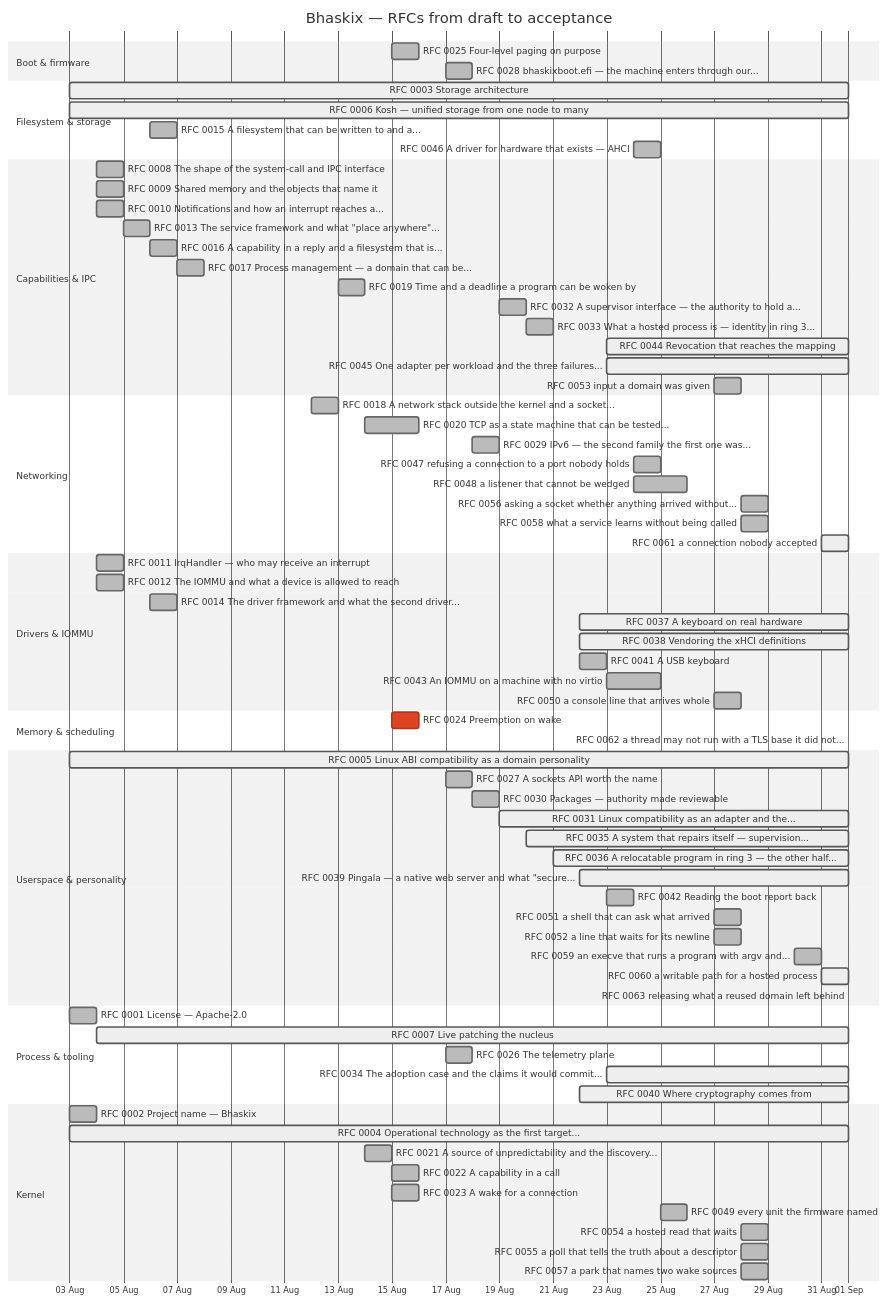
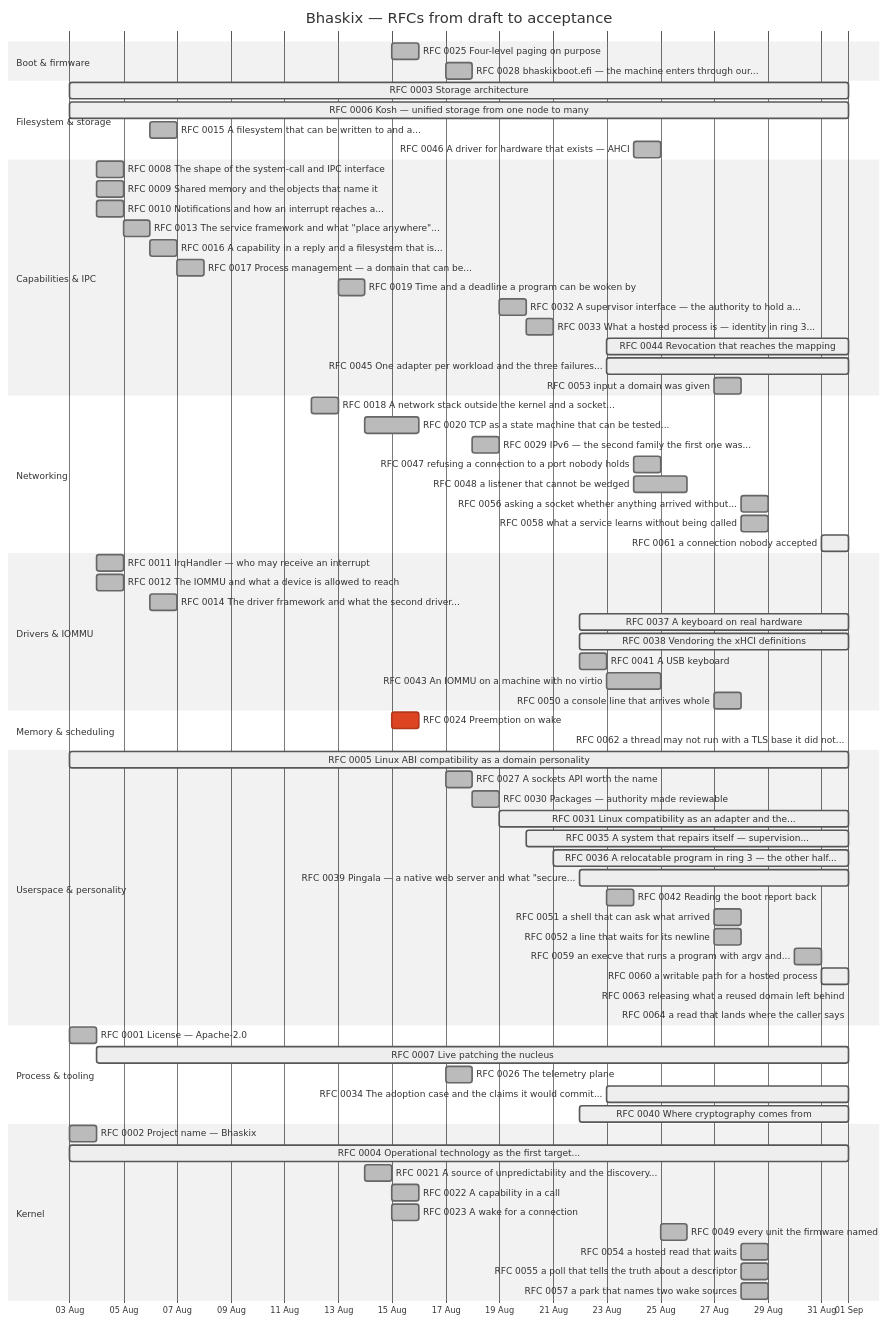
Before and after one commit to bhaskix/bhaskix: the diagram in docs/progress.md, drawn with Mermaid (neutral theme). The commit also changed other lines of this file and 6 other files, not shown here.

````diff
--- a/docs/progress.md
+++ b/docs/progress.md
@@ -24,79 +24,80 @@
 ```mermaid
 gantt
     title Bhaskix — RFCs from draft to acceptance
     dateFormat YYYY-MM-DD
     axisFormat %d %b
     todayMarker off
     section Boot & firmware
     RFC 0025 Four-level paging on purpose :done, r0025, 2026-08-15, 2026-08-16
     RFC 0028 bhaskixboot.efi — the machine enters through our... :done, r0028, 2026-08-17, 2026-08-18
     section Filesystem & storage
     RFC 0003 Storage architecture :active, r0003, 2026-08-03, 2026-09-01
     RFC 0006 Kosh — unified storage from one node to many :active, r0006, 2026-08-03, 2026-09-01
     RFC 0015 A filesystem that can be written to and a... :done, r0015, 2026-08-06, 1d
     RFC 0046 A driver for hardware that exists — AHCI :done, r0046, 2026-08-24, 1d
     section Capabilities & IPC
     RFC 0008 The shape of the system-call and IPC interface :done, r0008, 2026-08-04, 1d
     RFC 0009 Shared memory and the objects that name it :done, r0009, 2026-08-04, 1d
     RFC 0010 Notifications and how an interrupt reaches a... :done, r0010, 2026-08-04, 1d
     RFC 0013 The service framework and what "place anywhere"... :done, r0013, 2026-08-05, 1d
     RFC 0016 A capability in a reply and a filesystem that is... :done, r0016, 2026-08-06, 2026-08-07
     RFC 0017 Process management — a domain that can be... :done, r0017, 2026-08-07, 1d
     RFC 0019 Time and a deadline a program can be woken by :done, r0019, 2026-08-13, 2026-08-14
     RFC 0032 A supervisor interface — the authority to hold a... :done, r0032, 2026-08-19, 2026-08-20
     RFC 0033 What a hosted process is — identity in ring 3... :done, r0033, 2026-08-20, 1d
     RFC 0044 Revocation that reaches the mapping :active, r0044, 2026-08-23, 2026-09-01
     RFC 0045 One adapter per workload and the three failures... :active, r0045, 2026-08-23, 2026-09-01
     RFC 0053 input a domain was given :done, r0053, 2026-08-27, 1d
     section Networking
     RFC 0018 A network stack outside the kernel and a socket... :done, r0018, 2026-08-12, 2026-08-13
     RFC 0020 TCP as a state machine that can be tested... :done, r0020, 2026-08-14, 2026-08-16
     RFC 0029 IPv6 — the second family the first one was... :done, r0029, 2026-08-18, 1d
     RFC 0047 refusing a connection to a port nobody holds :done, r0047, 2026-08-24, 1d
     RFC 0048 a listener that cannot be wedged :done, r0048, 2026-08-24, 2026-08-26
     RFC 0056 asking a socket whether anything arrived without... :done, r0056, 2026-08-28, 1d
     RFC 0058 what a service learns without being called :done, r0058, 2026-08-28, 1d
     RFC 0061 a connection nobody accepted :active, r0061, 2026-08-31, 2026-09-01
     section Drivers & IOMMU
     RFC 0011 IrqHandler — who may receive an interrupt :done, r0011, 2026-08-04, 1d
     RFC 0012 The IOMMU and what a device is allowed to reach :done, r0012, 2026-08-04, 1d
     RFC 0014 The driver framework and what the second driver... :done, r0014, 2026-08-06, 1d
     RFC 0037 A keyboard on real hardware :active, r0037, 2026-08-22, 2026-09-01
     RFC 0038 Vendoring the xHCI definitions :active, r0038, 2026-08-22, 2026-09-01
     RFC 0041 A USB keyboard :done, r0041, 2026-08-22, 2026-08-23
     RFC 0043 An IOMMU on a machine with no virtio :done, r0043, 2026-08-23, 2026-08-25
     RFC 0050 a console line that arrives whole :done, r0050, 2026-08-27, 1d
     section Memory & scheduling
     RFC 0024 Preemption on wake :crit, r0024, 2026-08-15, 1d
     RFC 0062 a thread may not run with a TLS base it did not... :active, r0062, 2026-09-01, 2026-09-01
     section Userspace & personality
     RFC 0005 Linux ABI compatibility as a domain personality :active, r0005, 2026-08-03, 2026-09-01
     RFC 0027 A sockets API worth the name :done, r0027, 2026-08-17, 1d
     RFC 0030 Packages — authority made reviewable :done, r0030, 2026-08-18, 2026-08-19
     RFC 0031 Linux compatibility as an adapter and the... :active, r0031, 2026-08-19, 2026-09-01
     RFC 0035 A system that repairs itself — supervision... :active, r0035, 2026-08-20, 2026-09-01
     RFC 0036 A relocatable program in ring 3 — the other half... :active, r0036, 2026-08-21, 2026-09-01
     RFC 0039 Pingala — a native web server and what "secure... :active, r0039, 2026-08-22, 2026-09-01
     RFC 0042 Reading the boot report back :done, r0042, 2026-08-23, 1d
     RFC 0051 a shell that can ask what arrived :done, r0051, 2026-08-27, 1d
     RFC 0052 a line that waits for its newline :done, r0052, 2026-08-27, 1d
     RFC 0059 an execve that runs a program with argv and... :done, r0059, 2026-08-30, 1d
     RFC 0060 a writable path for a hosted process :active, r0060, 2026-08-31, 2026-09-01
     RFC 0063 releasing what a reused domain left behind :active, r0063, 2026-09-01, 2026-09-01
+    RFC 0064 a read that lands where the caller says :active, r0064, 2026-09-01, 2026-09-01
     section Process & tooling
     RFC 0001 License — Apache-2.0 :done, r0001, 2026-08-03, 1d
     RFC 0007 Live patching the nucleus :active, r0007, 2026-08-04, 2026-09-01
     RFC 0026 The telemetry plane :done, r0026, 2026-08-17, 1d
     RFC 0034 The adoption case and the claims it would commit... :active, r0034, 2026-08-23, 2026-09-01
     RFC 0040 Where cryptography comes from :active, r0040, 2026-08-22, 2026-09-01
     section Kernel
     RFC 0002 Project name — Bhaskix :done, r0002, 2026-08-03, 1d
     RFC 0004 Operational technology as the first target... :active, r0004, 2026-08-03, 2026-09-01
     RFC 0021 A source of unpredictability and the discovery... :done, r0021, 2026-08-14, 1d
     RFC 0022 A capability in a call :done, r0022, 2026-08-15, 2026-08-16
     RFC 0023 A wake for a connection :done, r0023, 2026-08-15, 2026-08-16
     RFC 0049 every unit the firmware named :done, r0049, 2026-08-25, 1d
     RFC 0054 a hosted read that waits :done, r0054, 2026-08-28, 1d
     RFC 0055 a poll that tells the truth about a descriptor :done, r0055, 2026-08-28, 1d
     RFC 0057 a park that names two wake sources :done, r0057, 2026-08-28, 1d
 ```
````
